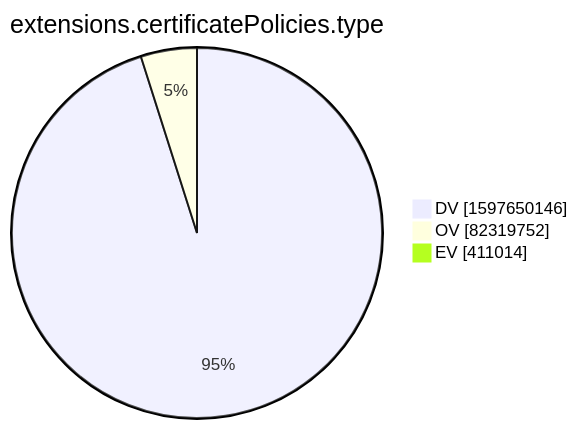
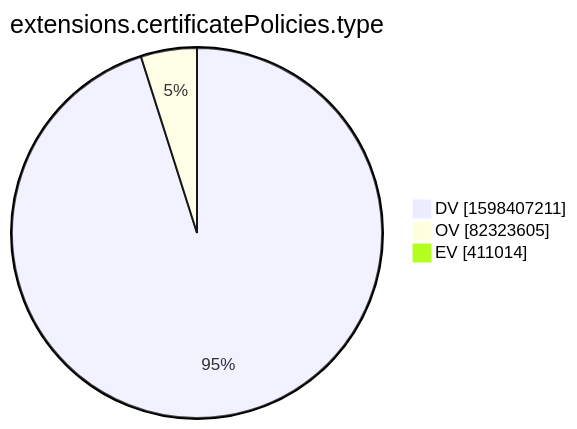
One commit to christiankrug/ctmonitor_visualization changed the tenth of 15 diagrams in xenon2022/README.md. Above: the diagram before and after it, drawn with Mermaid. The commit also changed other lines of this file, not shown here.

````diff
--- a/xenon2022/README.md
+++ b/xenon2022/README.md
@@ -2878,7 +2878,7 @@
 ```mermaid
 pie showData
 title extensions.certificatePolicies.type
-"DV" :1597650146
-"OV" :82319752
+"DV" :1598407211
+"OV" :82323605
 "EV" :411014
 ```
````
